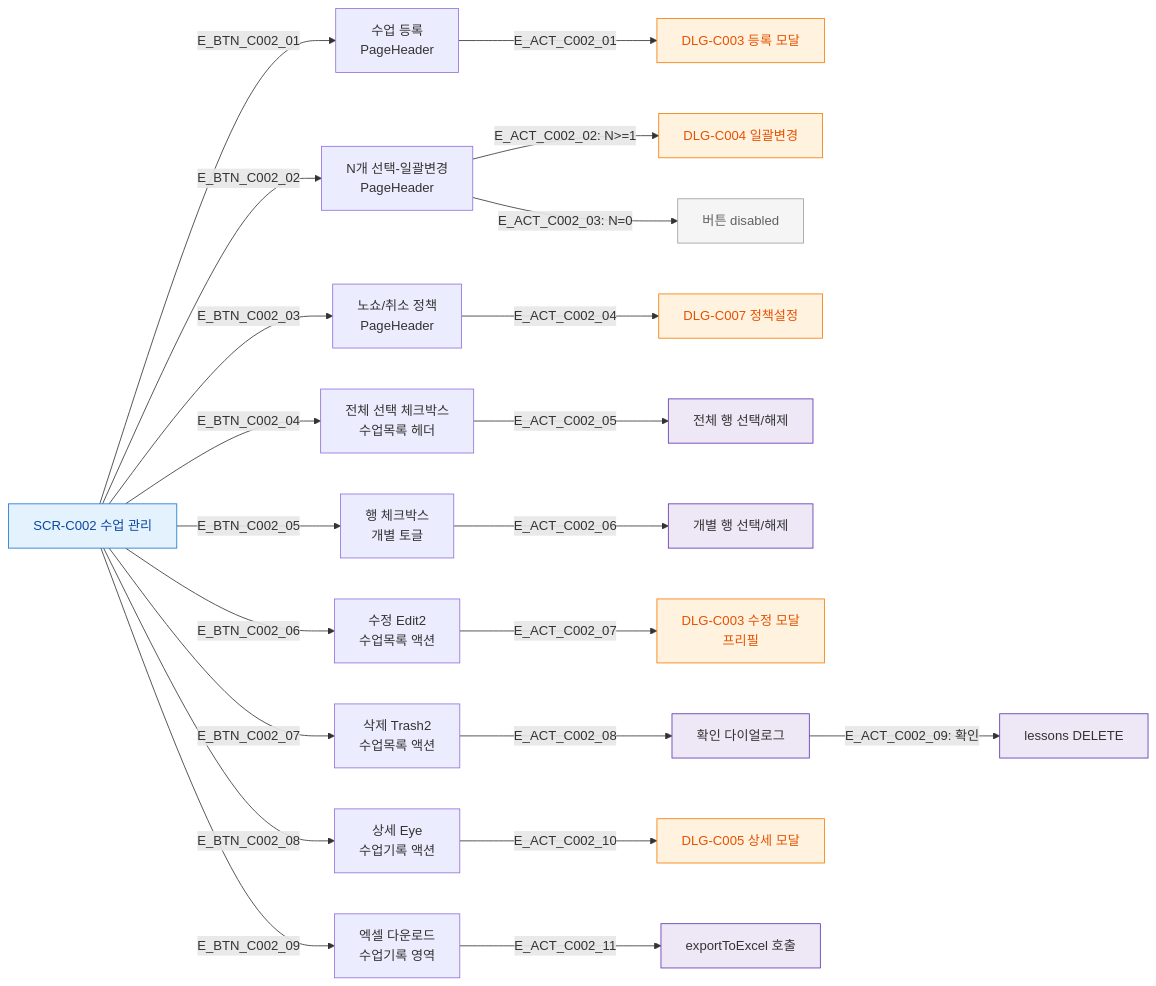
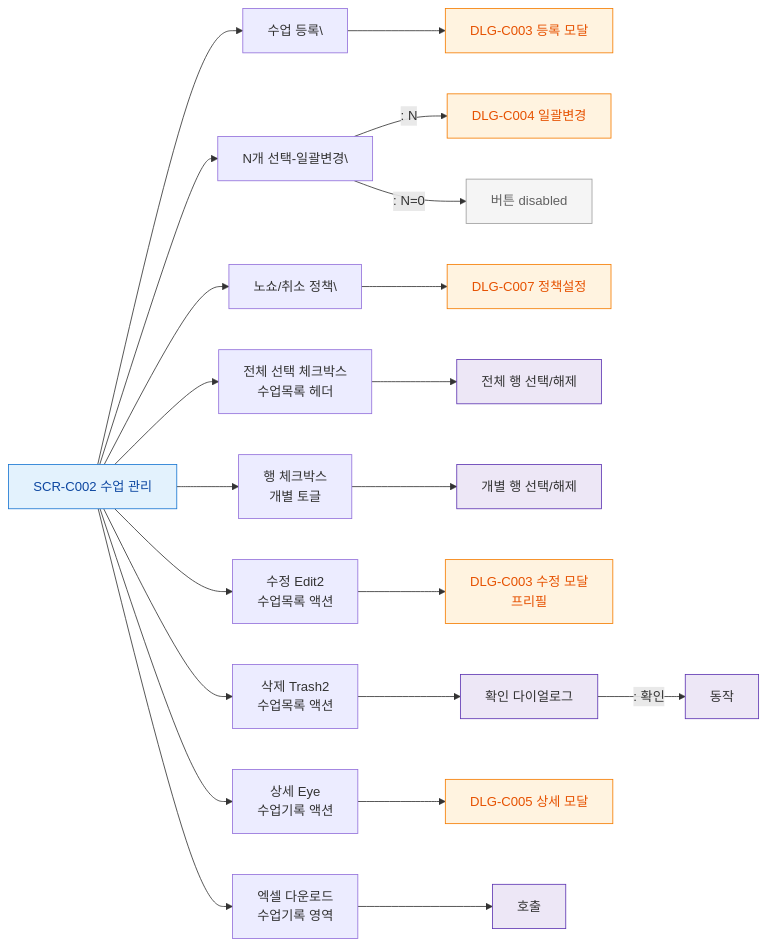
One commit to dev-spogym/admin-pando changed the diagram in docs/다이어그램/D04_수업관리/SCR-C002_수업관리/F3_버튼액션.md. Above: the diagram before and after it, drawn with Mermaid. The commit also changed other lines of this file and 1660 other files, not shown here.

First line of the commit message:
다이어그램: 기획자/클라이언트 납품본으로 정리

````diff
--- a/docs/다이어그램/D04_수업관리/SCR-C002_수업관리/F3_버튼액션.md
+++ b/docs/다이어그램/D04_수업관리/SCR-C002_수업관리/F3_버튼액션.md
@@ -20,35 +18,35 @@
 ```mermaid
 flowchart LR
   SCR_C002[SCR-C002 수업 관리]
 
-  SCR_C002 -->|E_BTN_C002_01| BTN_REG[수업 등록\nPageHeader]
-  SCR_C002 -->|E_BTN_C002_02| BTN_BULK[N개 선택-일괄변경\nPageHeader]
-  SCR_C002 -->|E_BTN_C002_03| BTN_POLICY[노쇼/취소 정책\nPageHeader]
-  SCR_C002 -->|E_BTN_C002_04| BTN_CHK_ALL[전체 선택 체크박스\n수업목록 헤더]
-  SCR_C002 -->|E_BTN_C002_05| BTN_CHK_ROW[행 체크박스\n개별 토글]
-  SCR_C002 -->|E_BTN_C002_06| BTN_EDIT[수정 Edit2\n수업목록 액션]
-  SCR_C002 -->|E_BTN_C002_07| BTN_DEL[삭제 Trash2\n수업목록 액션]
-  SCR_C002 -->|E_BTN_C002_08| BTN_DETAIL[상세 Eye\n수업기록 액션]
-  SCR_C002 -->|E_BTN_C002_09| BTN_EXCEL[엑셀 다운로드\n수업기록 영역]
+  SCR_C002 --> BTN_REG[수업 등록\]
+  SCR_C002 --> BTN_BULK[N개 선택-일괄변경\]
+  SCR_C002 --> BTN_POLICY[노쇼/취소 정책\]
+  SCR_C002 --> BTN_CHK_ALL[전체 선택 체크박스\n수업목록 헤더]
+  SCR_C002 --> BTN_CHK_ROW[행 체크박스\n개별 토글]
+  SCR_C002 --> BTN_EDIT[수정 Edit2\n수업목록 액션]
+  SCR_C002 --> BTN_DEL[삭제 Trash2\n수업목록 액션]
+  SCR_C002 --> BTN_DETAIL[상세 Eye\n수업기록 액션]
+  SCR_C002 --> BTN_EXCEL[엑셀 다운로드\n수업기록 영역]
 
-  BTN_REG -->|E_ACT_C002_01| DLG_C003_New[DLG-C003 등록 모달]
-  BTN_BULK -->|"E_ACT_C002_02: N>=1"| DLG_C004[DLG-C004 일괄변경]
-  BTN_BULK -->|"E_ACT_C002_03: N=0"| BULK_DISABLED[버튼 disabled]
-  BTN_POLICY -->|E_ACT_C002_04| DLG_C007[DLG-C007 정책설정]
-  BTN_CHK_ALL -->|E_ACT_C002_05| SelectAll[전체 행 선택/해제]
-  BTN_CHK_ROW -->|E_ACT_C002_06| SelectRow[개별 행 선택/해제]
-  BTN_EDIT -->|E_ACT_C002_07| DLG_C003_Edit[DLG-C003 수정 모달\n프리필]
-  BTN_DEL -->|E_ACT_C002_08| ConfirmDel[확인 다이얼로그]
-  ConfirmDel -->|"E_ACT_C002_09: 확인"| DelAPI[lessons DELETE]
-  BTN_DETAIL -->|E_ACT_C002_10| DLG_C005[DLG-C005 상세 모달]
-  BTN_EXCEL -->|E_ACT_C002_11| ExcelExport[exportToExcel 호출]
+  BTN_REG --> DLG_C003_New[DLG-C003 등록 모달]
+  BTN_BULK -->|": N"|DLG_C004[DLG-C004 일괄변경]
+  BTN_BULK -->|": N=0"|BULK_DISABLED[버튼 disabled]
+  BTN_POLICY --> DLG_C007[DLG-C007 정책설정]
+  BTN_CHK_ALL --> SelectAll[전체 행 선택/해제]
+  BTN_CHK_ROW --> SelectRow[개별 행 선택/해제]
+  BTN_EDIT --> DLG_C003_Edit[DLG-C003 수정 모달\n프리필]
+  BTN_DEL --> ConfirmDel[확인 다이얼로그]
+  ConfirmDel -->|": 확인"|DelAPI[동작]
+  BTN_DETAIL --> DLG_C005[DLG-C005 상세 모달]
+  BTN_EXCEL --> ExcelExport[호출]
 
   classDef screen fill:#E3F2FD,stroke:#1976D2,color:#0D47A1
   classDef modal fill:#FFF3E0,stroke:#F57C00,color:#E65100
   classDef system fill:#EDE7F6,stroke:#5E35B2
   classDef rbacBlocked fill:#F5F5F5,stroke:#9E9E9E,color:#616161
   class SCR_C002 screen
   class DLG_C003_New,DLG_C003_Edit,DLG_C004,DLG_C005,DLG_C007 modal
   class SelectAll,SelectRow,DelAPI,ExcelExport,ConfirmDel system
   class BULK_DISABLED rbacBlocked
 ```
````
